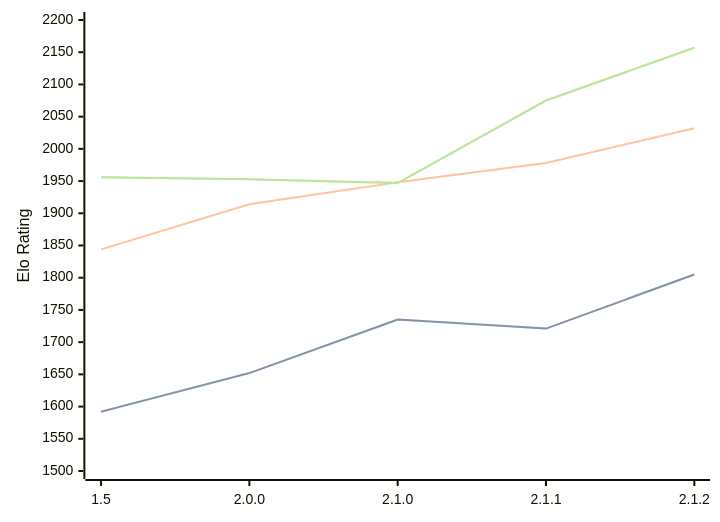
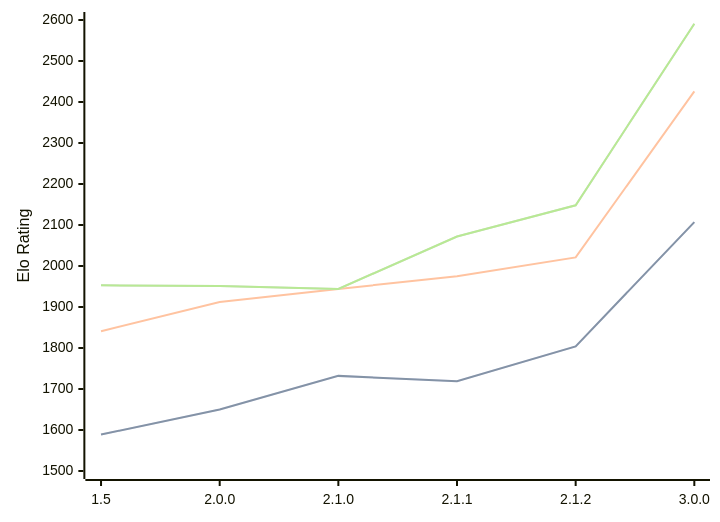
Before and after one commit to computer-chess-index/cci: the diagram in engines/Rudim.md, drawn with Mermaid. The commit also changed other lines of this file, not shown here.

Commit message:
Update CCI Ratings (ELO VLTC) - 2026-06-08

````diff
--- a/engines/Rudim.md
+++ b/engines/Rudim.md
@@ -45,11 +45,11 @@
 ```mermaid
 %%{init: {"theme":"base","themeVariables":{"seriesColors:['#a3a3a3','#222221','#faa371']}}}%%
 xychart-beta
-  x-axis ["1.5", "2.0.0", "2.1.0", "2.1.1", "2.1.2"]
-  y-axis "Elo Rating" 1500 --> 2200
-  line "STC (8.0+0.08s)" [1592, 1652, 1735, 1721, 1805]
-  line "STC (8.0+0.08s)" [1592, 1652, 1735, 1721, 1805]
-  line "LTC (60.0+0.60s)" [1844, 1914, 1948, 1978, 2032]
-  line "VLTC (2m24s+1.12s)" [1956, 1953, 1947, 2075, 2157]
-  line "VLTC (2m24s+1.12s)" [1956, 1953, 1947, 2075, 2157]
+  x-axis ["1.5", "2.0.0", "2.1.0", "2.1.1", "2.1.2", "3.0.0"]
+  y-axis "Elo Rating" 1500 --> 2600
+  line "STC (8.0+0.08s)" [1589, 1650, 1732, 1719, 1804, 2107]
+  line "STC (8.0+0.08s)" [1589, 1650, 1732, 1719, 1804, 2107]
+  line "LTC (60.0+0.60s)" [1841, 1912, 1944, 1975, 2021, 2426]
+  line "VLTC (2m24s+1.12s)" [1953, 1951, 1944, 2072, 2148, 2591]
+  line "VLTC (2m24s+1.12s)" [1953, 1951, 1944, 2072, 2148, 2591]
 ```
````
